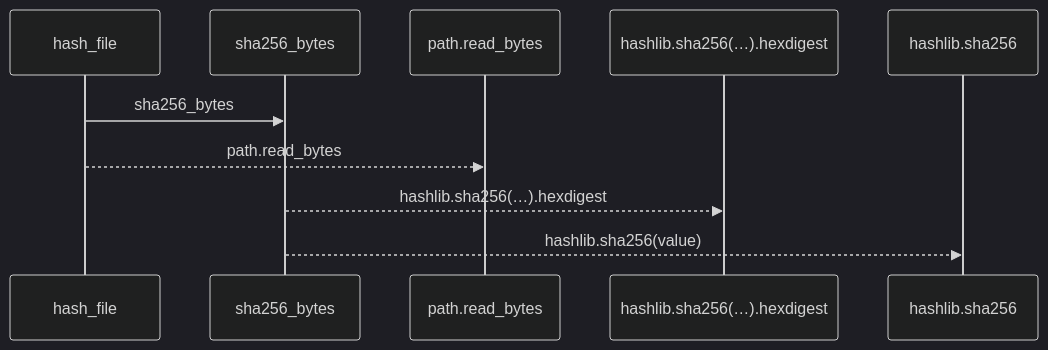
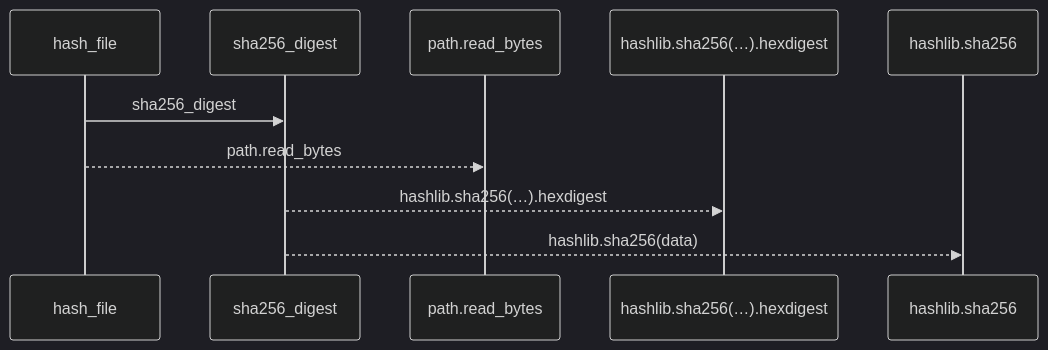
One commit to Denissvgn/python-wiki-llm changed the first of 2 diagrams in docs/llm_wiki/flows/api-hash_file-knowledge_evidence.md. Above: the diagram before and after it, drawn with Mermaid (dark theme). The commit also changed other lines of this file and 1555 other files, not shown here.

````diff
--- a/docs/llm_wiki/flows/api-hash_file-knowledge_evidence.md
+++ b/docs/llm_wiki/flows/api-hash_file-knowledge_evidence.md
@@ -12,12 +12,12 @@
 ```mermaid
 sequenceDiagram
     participant p0 as hash_file
-    participant p1 as sha256_bytes
+    participant p1 as sha256_digest
     participant p2 as path.read_bytes
     participant p3 as hashlib.sha256(…).hexdigest
     participant p4 as hashlib.sha256
-    p0->>p1: sha256_bytes
+    p0->>p1: sha256_digest
     p0-->>p2: path.read_bytes
     p1-->>p3: hashlib.sha256(…).hexdigest
-    p1-->>p4: hashlib.sha256(value)
+    p1-->>p4: hashlib.sha256(data)
 ```
````
